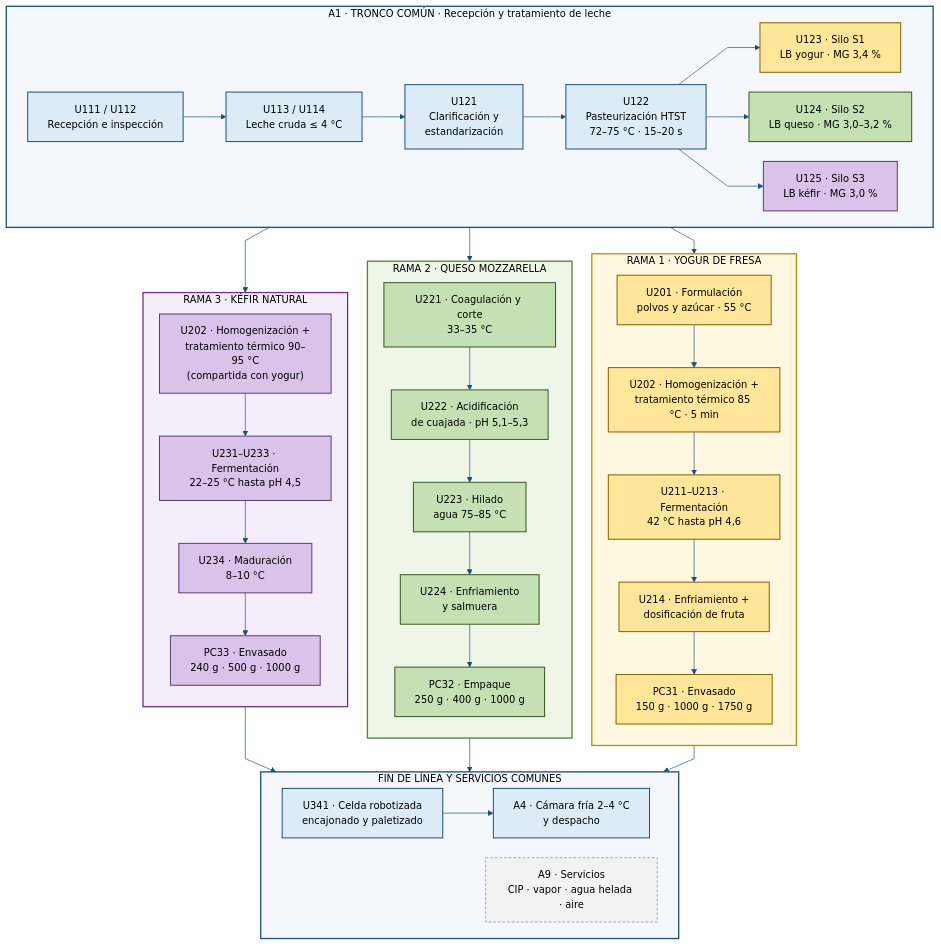
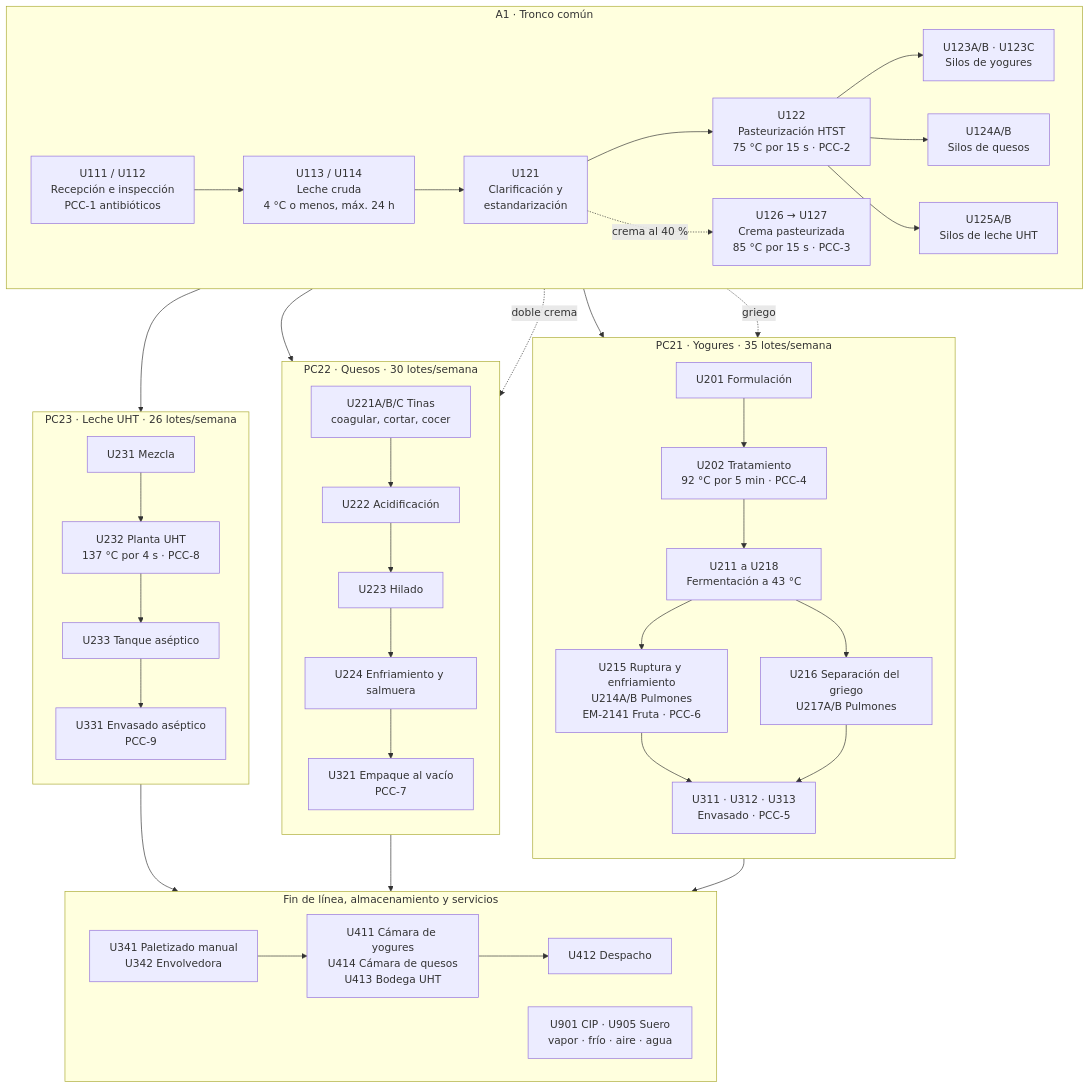
Before and after one commit to Mekvra/proyecto-integrador: the diagram in 01_transformacion-digital/isa88/diagrama_tronco_comun.md, drawn with Mermaid. The commit also changed other lines of this file and 4 other files, not shown here.

First line of the commit message:
ISA-88: modelo completo de la planta de 150.000 L/día (sin kéfir), con recetas maestras de las 9 referencias

````diff
--- a/01_transformacion-digital/isa88/diagrama_tronco_comun.md
+++ b/01_transformacion-digital/isa88/diagrama_tronco_comun.md
@@ -7,67 +5,54 @@
 ```mermaid
-%%{init: {"theme": "base", "flowchart": {"curve": "linear", "nodeSpacing": 30, "rankSpacing": 40}, "themeVariables": {"fontFamily": "Arial", "fontSize": "15px", "primaryTextColor": "#000000", "lineColor": "#1F4E79", "clusterBkg": "#FFFFFF", "titleColor": "#000000"}}}%%
 flowchart TB
-    subgraph TRONCO["A1 · TRONCO COMÚN · Recepción y tratamiento de leche"]
+    subgraph A1["A1 · Tronco común"]
         direction LR
-        REC["U111 / U112<br/>Recepción e inspección"] --> CRU["U113 / U114<br/>Leche cruda ≤ 4 °C"]
+        REC["U111 / U112<br/>Recepción e inspección<br/>PCC-1 antibióticos"] --> CRU["U113 / U114<br/>Leche cruda<br/>4 °C o menos, máx. 24 h"]
         CRU --> SEP["U121<br/>Clarificación y<br/>estandarización"]
-        SEP --> HTST["U122<br/>Pasteurización HTST<br/>72–75 °C · 15–20 s"]
-        HTST --> S1["U123 · Silo S1<br/>LB yogur · MG 3,4 %"]
-        HTST --> S2["U124 · Silo S2<br/>LB queso · MG 3,0–3,2 %"]
-        HTST --> S3["U125 · Silo S3<br/>LB kéfir · MG 3,0 %"]
+        SEP --> HTST["U122<br/>Pasteurización HTST<br/>75 °C por 15 s · PCC-2"]
+        SEP -.->|"crema al 40 %"| CR["U126 → U127<br/>Crema pasteurizada<br/>85 °C por 15 s · PCC-3"]
+        HTST --> SY["U123A/B · U123C<br/>Silos de yogures"]
+        HTST --> SQ["U124A/B<br/>Silos de quesos"]
+        HTST --> SL["U125A/B<br/>Silos de leche UHT"]
     end
 
-    subgraph YOGUR["RAMA 1 · YOGUR DE FRESA"]
+    subgraph Y["PC21 · Yogures · 35 lotes/semana"]
         direction TB
-        Y1["U201 · Formulación<br/>polvos y azúcar · 55 °C"] --> Y2["U202 · Homogenización +<br/>tratamiento térmico 85 °C · 5 min"]
-        Y2 --> Y3["U211–U213 · Fermentación<br/>42 °C hasta pH 4,6"]
-        Y3 --> Y4["U214 · Enfriamiento +<br/>dosificación de fruta"]
-        Y4 --> Y5["PC31 · Envasado<br/>150 g · 1000 g · 1750 g"]
+        Y1["U201 Formulación"] --> Y2["U202 Tratamiento<br/>92 °C por 5 min · PCC-4"]
+        Y2 --> Y3["U211 a U218<br/>Fermentación a 43 °C"]
+        Y3 --> Y4["U215 Ruptura y enfriamiento<br/>U214A/B Pulmones<br/>EM-2141 Fruta · PCC-6"]
+        Y3 --> Y5["U216 Separación del griego<br/>U217A/B Pulmones"]
+        Y4 --> Y6["U311 · U312 · U313<br/>Envasado · PCC-5"]
+        Y5 --> Y6
     end
 
-    subgraph QUESO["RAMA 2 · QUESO MOZZARELLA"]
+    subgraph Q["PC22 · Quesos · 30 lotes/semana"]
         direction TB
-        Q1["U221 · Coagulación y corte<br/>33–35 °C"] --> Q2["U222 · Acidificación<br/>de cuajada · pH 5,1–5,3"]
-        Q2 --> Q3["U223 · Hilado<br/>agua 75–85 °C"]
-        Q3 --> Q4["U224 · Enfriamiento<br/>y salmuera"]
-        Q4 --> Q5["PC32 · Empaque<br/>250 g · 400 g · 1000 g"]
+        Q1["U221A/B/C Tinas<br/>coagular, cortar, cocer"] --> Q2["U222 Acidificación"]
+        Q2 --> Q3["U223 Hilado"]
+        Q3 --> Q4["U224 Enfriamiento y salmuera"]
+        Q4 --> Q5["U321 Empaque al vacío<br/>PCC-7"]
     end
 
-    subgraph KEFIR["RAMA 3 · KÉFIR NATURAL"]
+    subgraph L["PC23 · Leche UHT · 26 lotes/semana"]
         direction TB
-        K1["U202 · Homogenización +<br/>tratamiento térmico 90–95 °C<br/>(compartida con yogur)"] --> K2["U231–U233 · Fermentación<br/>22–25 °C hasta pH 4,5"]
-        K2 --> K3["U234 · Maduración<br/>8–10 °C"]
-        K3 --> K4["PC33 · Envasado<br/>240 g · 500 g · 1000 g"]
+        L1["U231 Mezcla"] --> L2["U232 Planta UHT<br/>137 °C por 4 s · PCC-8"]
+        L2 --> L3["U233 Tanque aséptico"]
+        L3 --> L4["U331 Envasado aséptico<br/>PCC-9"]
     end
 
-    subgraph FIN["FIN DE LÍNEA Y SERVICIOS COMUNES"]
+    subgraph FIN["Fin de línea, almacenamiento y servicios"]
         direction LR
-        PAL["U341 · Celda robotizada<br/>encajonado y paletizado"] --> CAM["A4 · Cámara fría 2–4 °C<br/>y despacho"]
-        SERV["A9 · Servicios<br/>CIP · vapor · agua helada · aire"]
+        PAL["U341 Paletizado manual<br/>U342 Envolvedora"] --> FRIO["U411 Cámara de yogures<br/>U414 Cámara de quesos<br/>U413 Bodega UHT"]
+        FRIO --> DES["U412 Despacho"]
+        SERV["U901 CIP · U905 Suero<br/>vapor · frío · aire · agua"]
     end
 
-    S1 --> Y1
-    S2 --> Q1
-    S3 --> K1
-    Y5 --> PAL
+    SY --> Y1
+    SQ --> Q1
+    SL --> L1
+    CR -.->|griego| Y5
+    CR -.->|"doble crema"| Q1
+    Y6 --> PAL
     Q5 --> PAL
-    K4 --> PAL
-
-    classDef comun fill:#DDEBF7,stroke:#1F4E79,stroke-width:1.5px,color:#000;
-    classDef yogur fill:#FFE699,stroke:#7F6000,stroke-width:1.5px,color:#000;
-    classDef queso fill:#C6E0B4,stroke:#375623,stroke-width:1.5px,color:#000;
-    classDef kefir fill:#D9C3E9,stroke:#5B3A7A,stroke-width:1.5px,color:#000;
-    classDef serv fill:#F2F2F2,stroke:#7F7F7F,stroke-width:1px,stroke-dasharray:4 3,color:#000;
-
-    class REC,CRU,SEP,HTST,PAL,CAM comun;
-    class S1,Y1,Y2,Y3,Y4,Y5 yogur;
-    class S2,Q1,Q2,Q3,Q4,Q5 queso;
-    class S3,K1,K2,K3,K4 kefir;
-    class SERV serv;
-
-    style TRONCO fill:#F4F8FC,stroke:#1F4E79,stroke-width:2px,color:#000
-    style YOGUR fill:#FFF8E1,stroke:#BF9000,stroke-width:2px,color:#000
-    style QUESO fill:#EEF6E8,stroke:#548235,stroke-width:2px,color:#000
-    style KEFIR fill:#F5EEFA,stroke:#7030A0,stroke-width:2px,color:#000
-    style FIN fill:#F4F8FC,stroke:#1F4E79,stroke-width:2px,color:#000
+    L4 --> PAL
 ```
````
